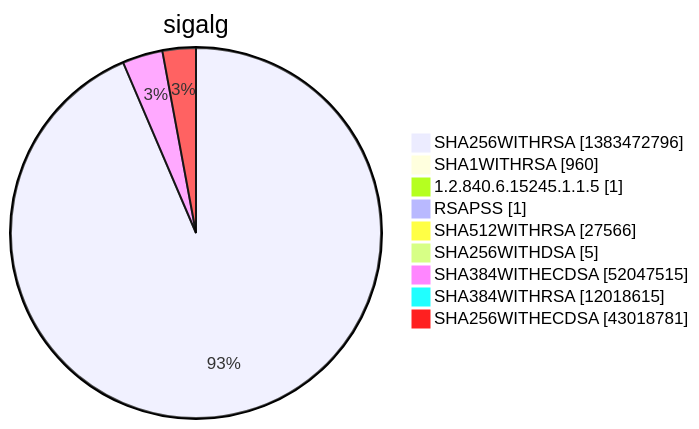
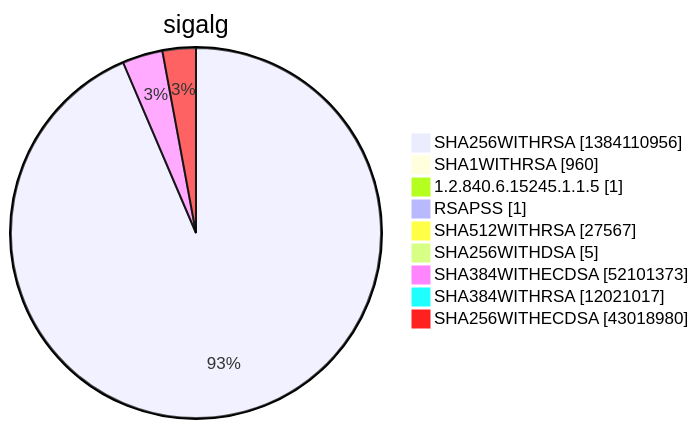
Diagram 15 of 15 in argon2022/README.md (christiankrug/ctmonitor_visualization), drawn with Mermaid before and after one commit. The commit also changed other lines of this file, not shown here.

````diff
--- a/argon2022/README.md
+++ b/argon2022/README.md
@@ -5524,13 +5524,13 @@
 ```mermaid
 pie showData
 title sigalg
-"SHA256WITHRSA" :1383472796
+"SHA256WITHRSA" :1384110956
 "SHA1WITHRSA" :960
 "1.2.840.6.15245.1.1.5" :1
 "RSAPSS" :1
-"SHA512WITHRSA" :27566
+"SHA512WITHRSA" :27567
 "SHA256WITHDSA" :5
-"SHA384WITHECDSA" :52047515
-"SHA384WITHRSA" :12018615
-"SHA256WITHECDSA" :43018781
+"SHA384WITHECDSA" :52101373
+"SHA384WITHRSA" :12021017
+"SHA256WITHECDSA" :43018980
 ```
````
